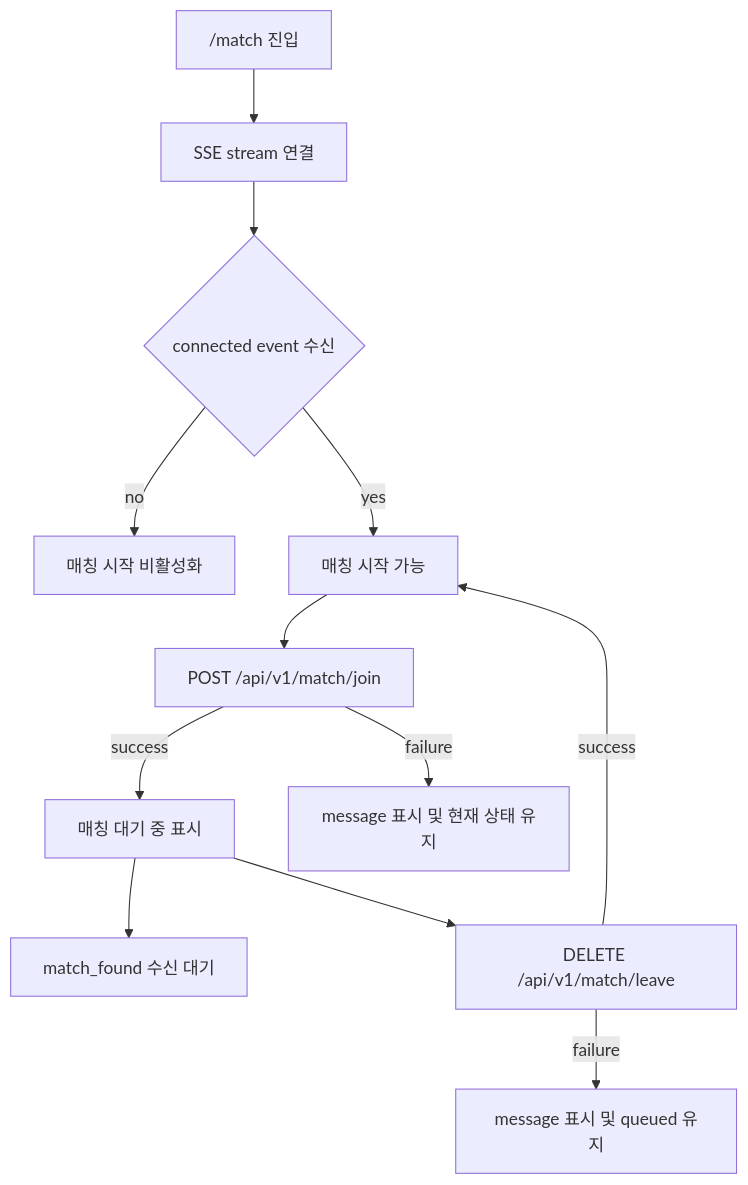
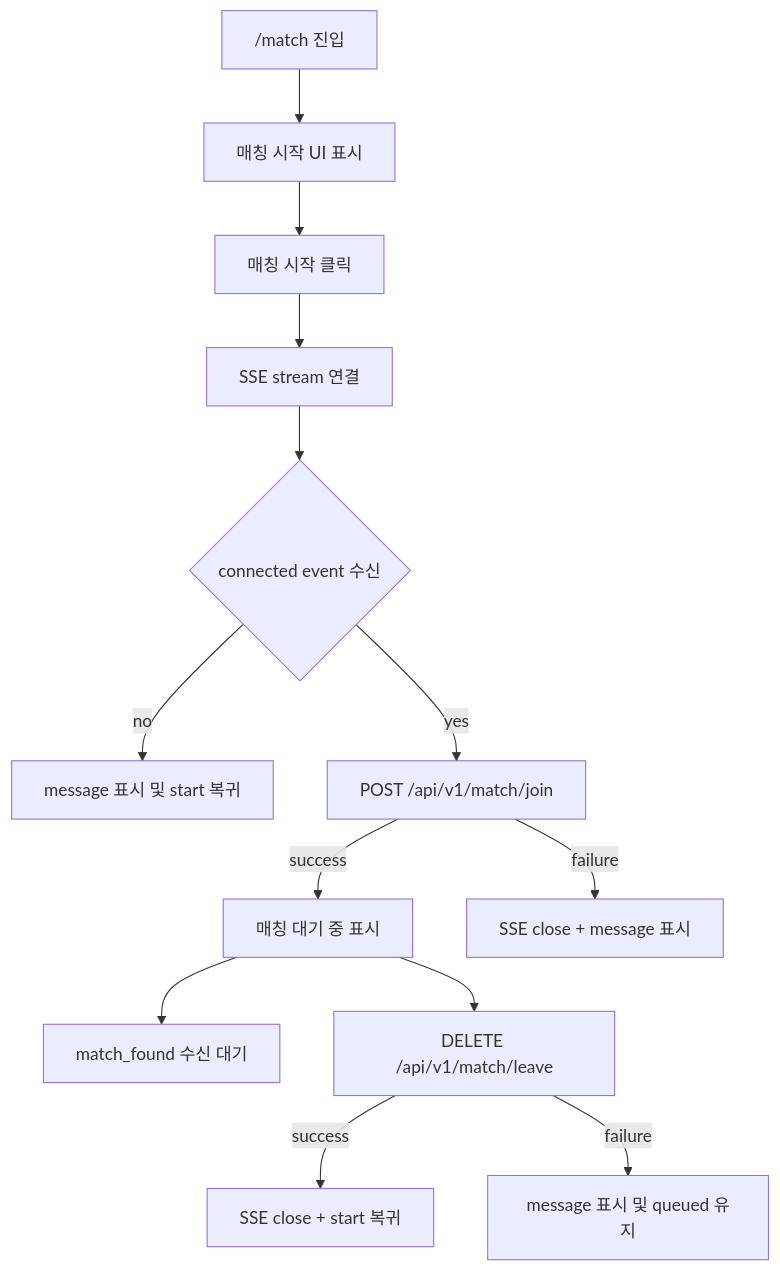
Before and after one commit to moonwhistle/League-of-Star: the second of 2 diagrams in docs/antigravity/frontend/issue-78-match-page.md, drawn with Mermaid. The commit also changed other lines of this file and 12 other files, not shown here.

````diff
--- a/docs/antigravity/frontend/issue-78-match-page.md
+++ b/docs/antigravity/frontend/issue-78-match-page.md
@@ -242,14 +255,15 @@
 ```mermaid
 flowchart TD
-    A["/match 진입"] --> B["SSE stream 연결"]
-    B --> C{connected event 수신}
-    C -->|no| D["매칭 시작 비활성화"]
-    C -->|yes| E["매칭 시작 가능"]
-    E --> F["POST /api/v1/match/join"]
-    F -->|success| G["매칭 대기 중 표시"]
-    F -->|failure| H["message 표시 및 현재 상태 유지"]
-    G --> I["match_found 수신 대기"]
-    G --> J["DELETE /api/v1/match/leave"]
-    J -->|success| E
-    J -->|failure| K["message 표시 및 queued 유지"]
+    A["/match 진입"] --> B["매칭 시작 UI 표시"]
+    B --> C["매칭 시작 클릭"]
+    C --> D["SSE stream 연결"]
+    D --> E{connected event 수신}
+    E -->|no| F["message 표시 및 start 복귀"]
+    E -->|yes| G["POST /api/v1/match/join"]
+    G -->|success| H["매칭 대기 중 표시"]
+    G -->|failure| I["SSE close + message 표시"]
+    H --> J["match_found 수신 대기"]
+    H --> K["DELETE /api/v1/match/leave"]
+    K -->|success| L["SSE close + start 복귀"]
+    K -->|failure| M["message 표시 및 queued 유지"]
 ```
````
